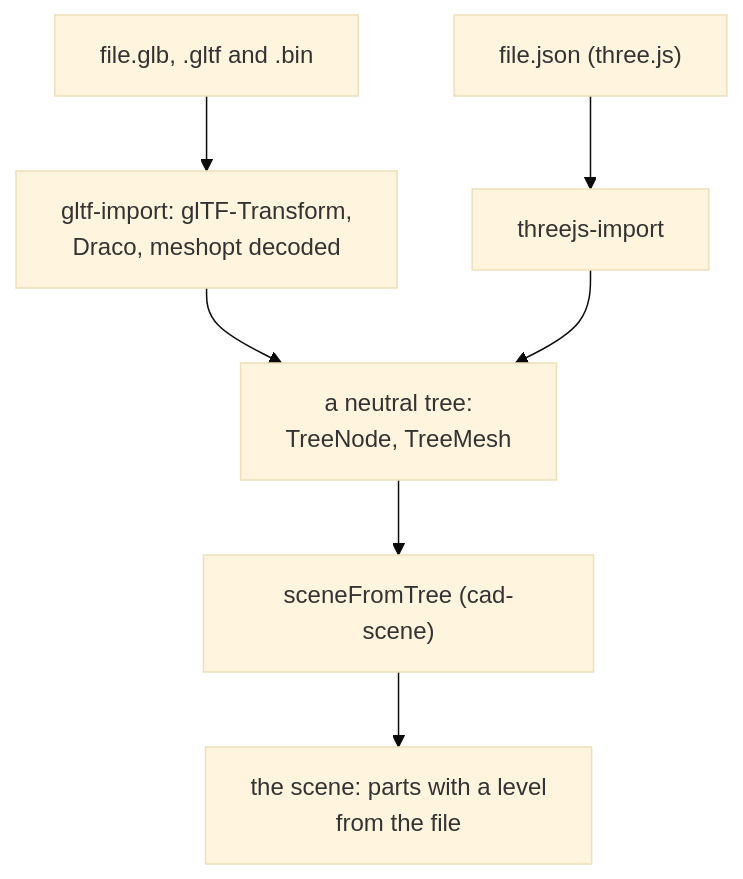
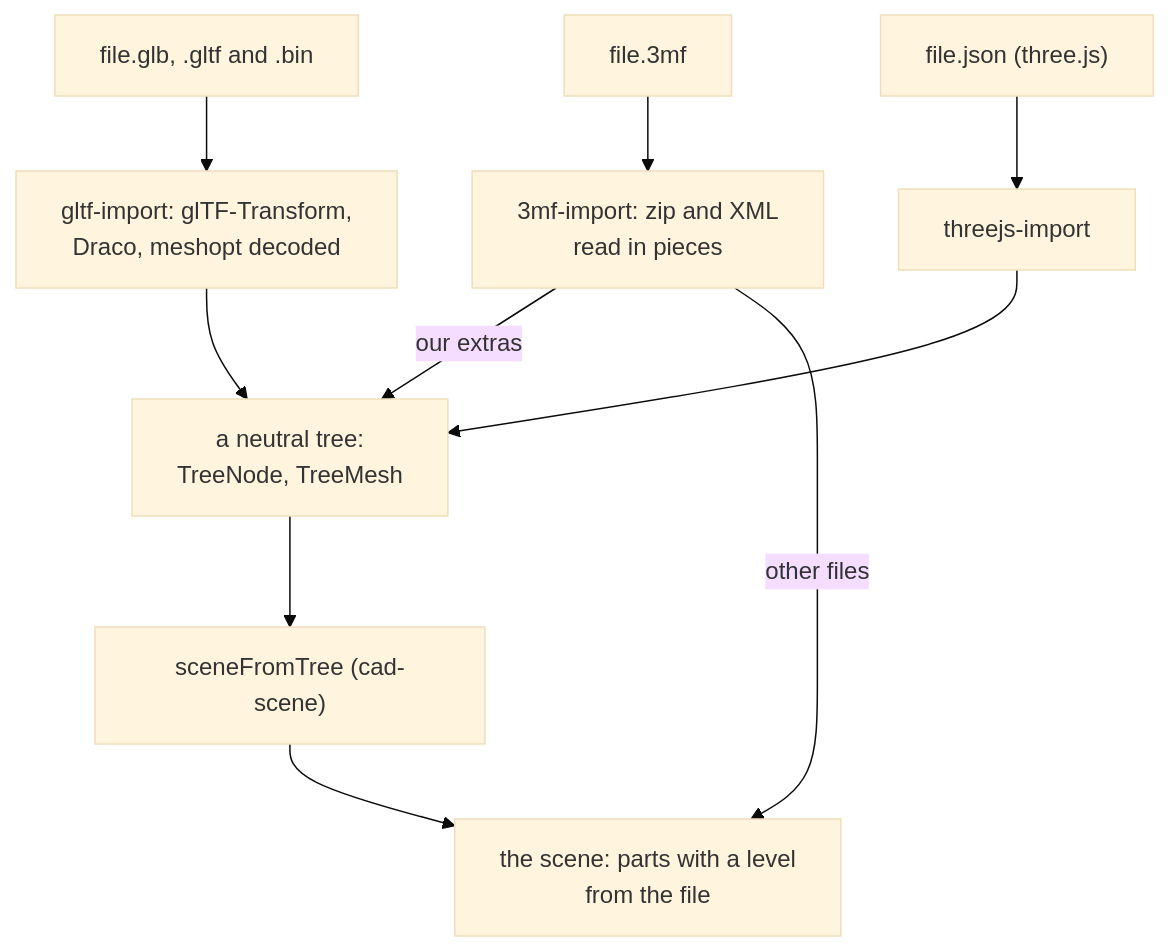
One commit to martyvona/cad-io-js changed the third of 6 diagrams in README.md. Above: the diagram before and after it, drawn with Mermaid (base theme). The commit also changed other lines of this file and 2 other files, not shown here.

First line of the commit message:
Docs for 3MF import: the README's architecture, the 3mf-import API, counts, roadmap; CHANGELOG entries

````diff
--- a/README.md
+++ b/README.md
@@ -473,9 +473,12 @@
 ```mermaid
 flowchart TD
   gltf["file.glb, .gltf and .bin"] --> gi["gltf-import: glTF-Transform,<br/>Draco, meshopt decoded"]
   json["file.json (three.js)"] --> ti["threejs-import"]
   gi --> tree["a neutral tree:<br/>TreeNode, TreeMesh"]
   ti --> tree
+  tmf["file.3mf"] --> mi["3mf-import: zip and XML<br/>read in pieces"]
+  mi -- "our extras" --> tree
+  mi -- "other files" --> scene
   tree --> sft["sceneFromTree (cad-scene)"]
   sft --> scene["the scene: parts with a level<br/>from the file"]
 ```
````
